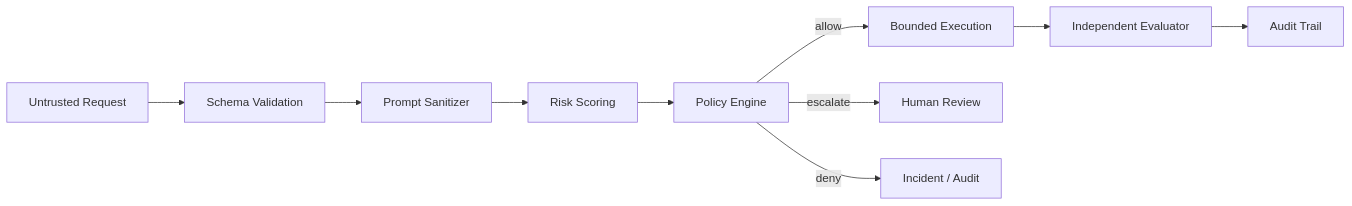
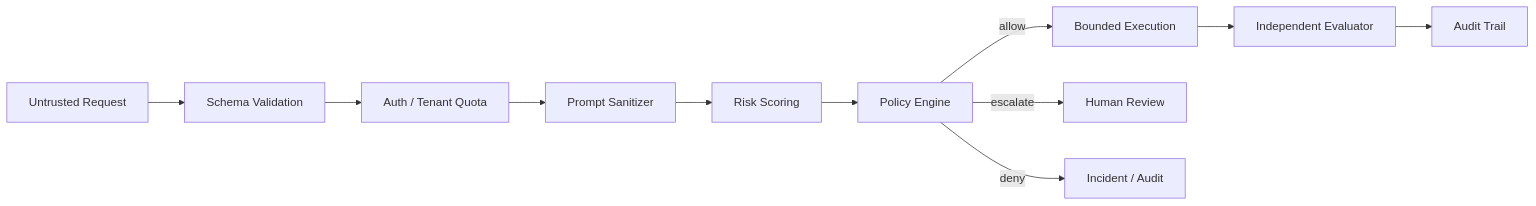
The diagram in docs/security.md (leo459028/RewardHacking), drawn with Mermaid before and after one commit. The commit also changed other lines of this file and 38 other files, not shown here.

````diff
--- a/docs/security.md
+++ b/docs/security.md
@@ -19,12 +19,13 @@
 ```mermaid
 flowchart LR
   A["Untrusted Request"] --> B["Schema Validation"]
-  B --> C["Prompt Sanitizer"]
+  B --> T["Auth / Tenant Quota"]
+  T --> C["Prompt Sanitizer"]
   C --> D["Risk Scoring"]
   D --> E["Policy Engine"]
   E -->|allow| F["Bounded Execution"]
   E -->|escalate| H["Human Review"]
   E -->|deny| I["Incident / Audit"]
   F --> G["Independent Evaluator"]
   G --> J["Audit Trail"]
 ```
````
